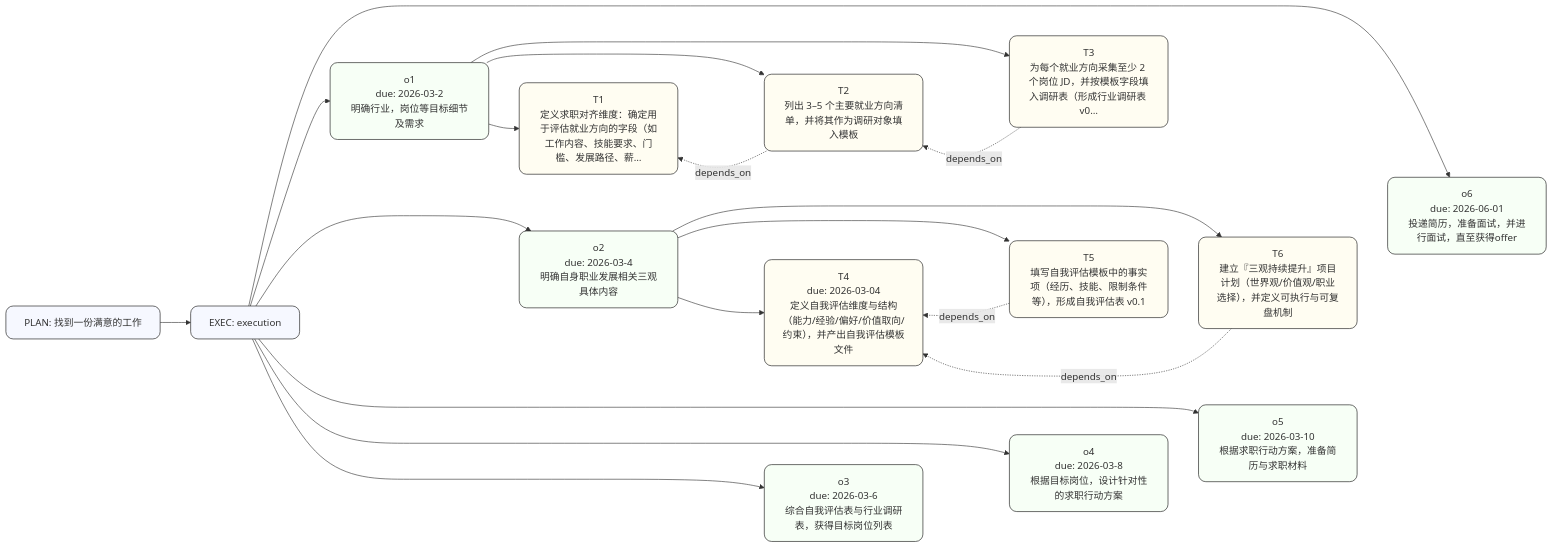
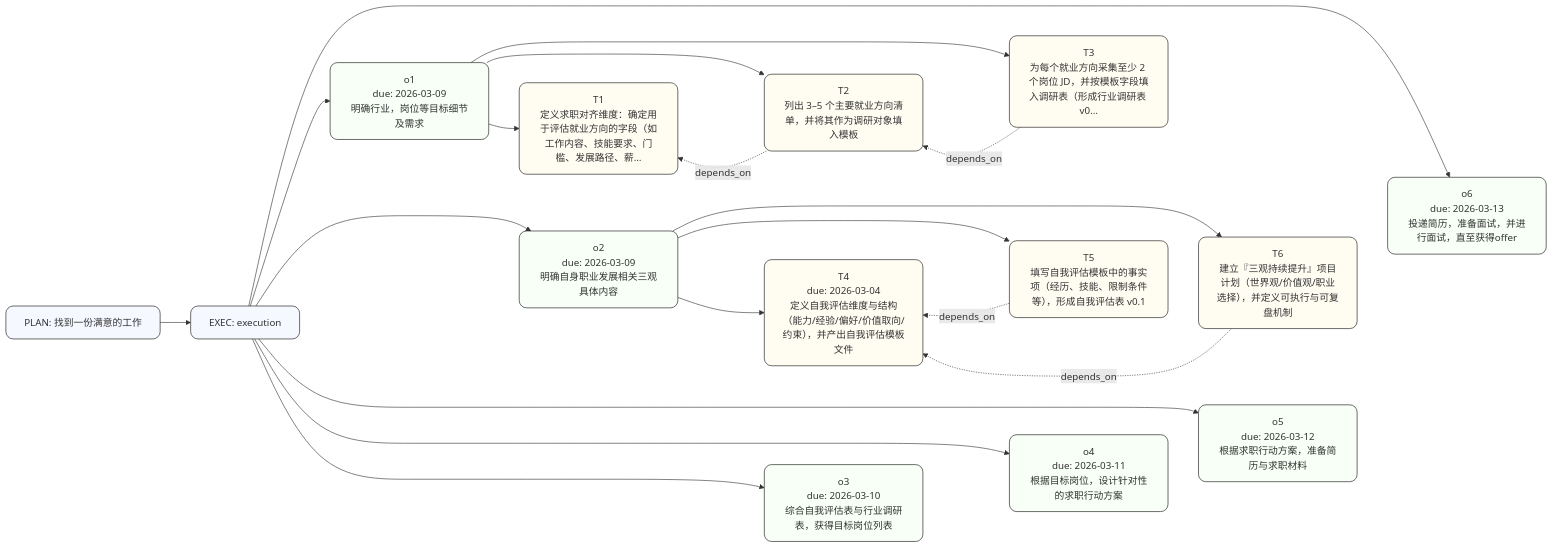
The diagram in outputs/plan_寻找工作_graph.mmd (gbm19950414-ux/Hypothesis-driven-Task-Management-System), drawn with Mermaid before and after one commit. The commit also changed 17 other files, not shown here.

```diff
--- a/outputs/plan_寻找工作_graph.mmd
+++ b/outputs/plan_寻找工作_graph.mmd
@@ -1,47 +1,47 @@
 flowchart LR
 classDef card fill:#ffffff,stroke:#111,stroke-width:1px,rx:10,ry:10;
 classDef plan fill:#f6f8ff,stroke:#111,stroke-width:1px,rx:12,ry:12;
 classDef obj fill:#f7fff6,stroke:#111,stroke-width:1px,rx:12,ry:12;
 classDef hyp fill:#fff6fb,stroke:#111,stroke-width:1px,rx:12,ry:12;
 classDef task fill:#fffdf2,stroke:#111,stroke-width:1px,rx:12,ry:12;
 classDef done fill:#e0e0e0,stroke:#666,stroke-width:1px,color:#666,rx:12,ry:12;
 PLAN["PLAN: 找到一份满意的工作"]:::plan
 EP["EXEC: execution"]:::plan
 PLAN --> EP
-OBJ_o1["o1<br/>due: 2026-03-2<br/>明确行业，岗位等目标细节及需求"]:::obj
+OBJ_o1["o1<br/>due: 2026-03-09<br/>明确行业，岗位等目标细节及需求"]:::obj
 EP --> OBJ_o1
-OBJ_o2["o2<br/>due: 2026-03-4<br/>明确自身职业发展相关三观具体内容"]:::obj
+OBJ_o2["o2<br/>due: 2026-03-09<br/>明确自身职业发展相关三观具体内容"]:::obj
 EP --> OBJ_o2
-OBJ_o3["o3<br/>due: 2026-03-6<br/>综合自我评估表与行业调研表，获得目标岗位列表"]:::obj
+OBJ_o3["o3<br/>due: 2026-03-10<br/>综合自我评估表与行业调研表，获得目标岗位列表"]:::obj
 EP --> OBJ_o3
-OBJ_o4["o4<br/>due: 2026-03-8<br/>根据目标岗位，设计针对性的求职行动方案"]:::obj
+OBJ_o4["o4<br/>due: 2026-03-11<br/>根据目标岗位，设计针对性的求职行动方案"]:::obj
 EP --> OBJ_o4
-OBJ_o5["o5<br/>due: 2026-03-10<br/>根据求职行动方案，准备简历与求职材料"]:::obj
+OBJ_o5["o5<br/>due: 2026-03-12<br/>根据求职行动方案，准备简历与求职材料"]:::obj
 EP --> OBJ_o5
-OBJ_o6["o6<br/>due: 2026-06-01<br/>投递简历，准备面试，并进行面试，直至获得offer"]:::obj
+OBJ_o6["o6<br/>due: 2026-03-13<br/>投递简历，准备面试，并进行面试，直至获得offer"]:::obj
 EP --> OBJ_o6
 OBJ_o1 ~~~ OBJ_o2
 OBJ_o2 ~~~ OBJ_o3
 OBJ_o3 ~~~ OBJ_o4
 OBJ_o4 ~~~ OBJ_o5
 OBJ_o5 ~~~ OBJ_o6
 TASK_T4["T4<br/>due: 2026-03-04<br/>定义自我评估维度与结构（能力/经验/偏好/价值取向/约束），并产出自我评估模板文件"]:::task
 OBJ_o2 --> TASK_T4
 TASK_T1["T1<br/>定义求职对齐维度：确定用于评估就业方向的字段（如工作内容、技能要求、门槛、发展路径、薪…"]:::task
 OBJ_o1 --> TASK_T1
 TASK_T2["T2<br/>列出 3–5 个主要就业方向清单，并将其作为调研对象填入模板"]:::task
 OBJ_o1 --> TASK_T2
 TASK_T3["T3<br/>为每个就业方向采集至少 2 个岗位 JD，并按模板字段填入调研表（形成行业调研表 v0…"]:::task
 OBJ_o1 --> TASK_T3
 TASK_T5["T5<br/>填写自我评估模板中的事实项（经历、技能、限制条件等），形成自我评估表 v0.1"]:::task
 OBJ_o2 --> TASK_T5
 TASK_T6["T6<br/>建立『三观持续提升』项目计划（世界观/价值观/职业选择），并定义可执行与可复盘机制"]:::task
 OBJ_o2 --> TASK_T6
 TASK_T4 ~~~ TASK_T5
 TASK_T5 ~~~ TASK_T6
 TASK_T1 ~~~ TASK_T2
 TASK_T2 ~~~ TASK_T3
 TASK_T2 -. depends_on .-> TASK_T1
 TASK_T3 -. depends_on .-> TASK_T2
 TASK_T5 -. depends_on .-> TASK_T4
 TASK_T6 -. depends_on .-> TASK_T4
```
